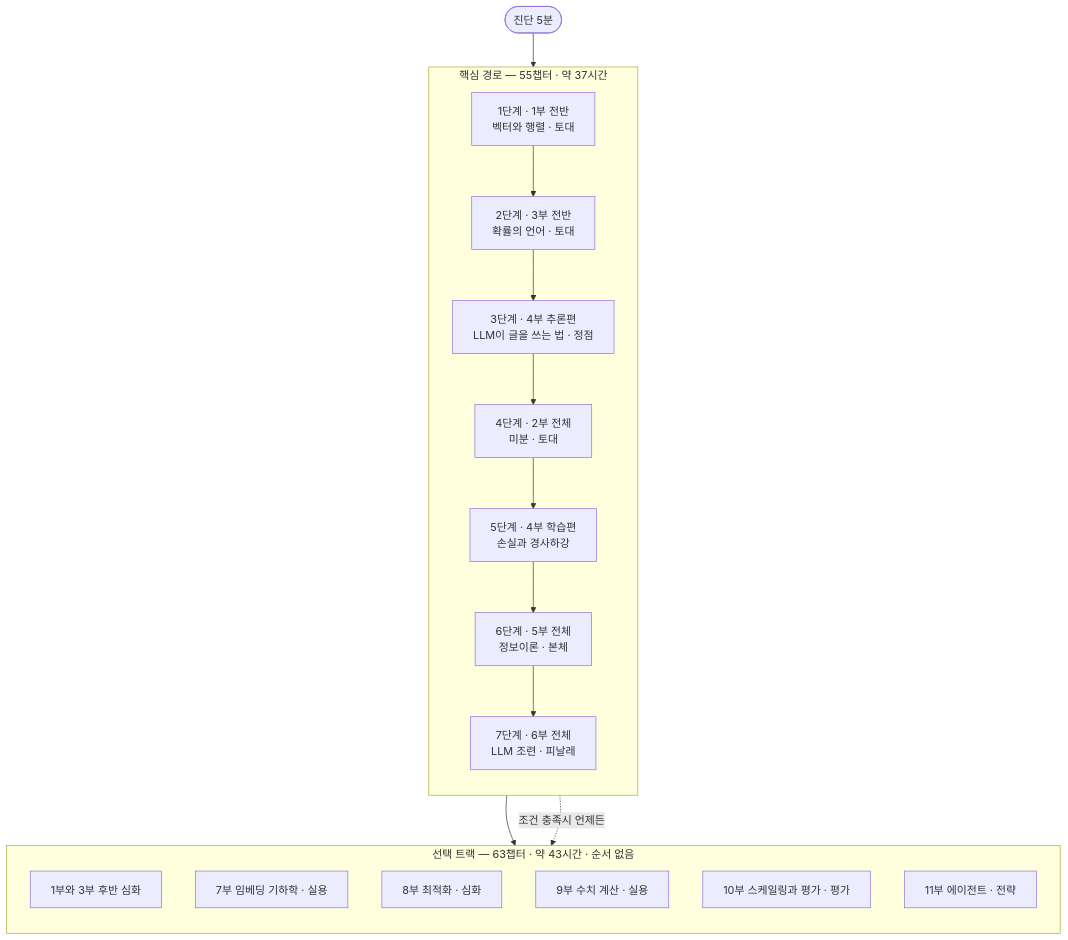
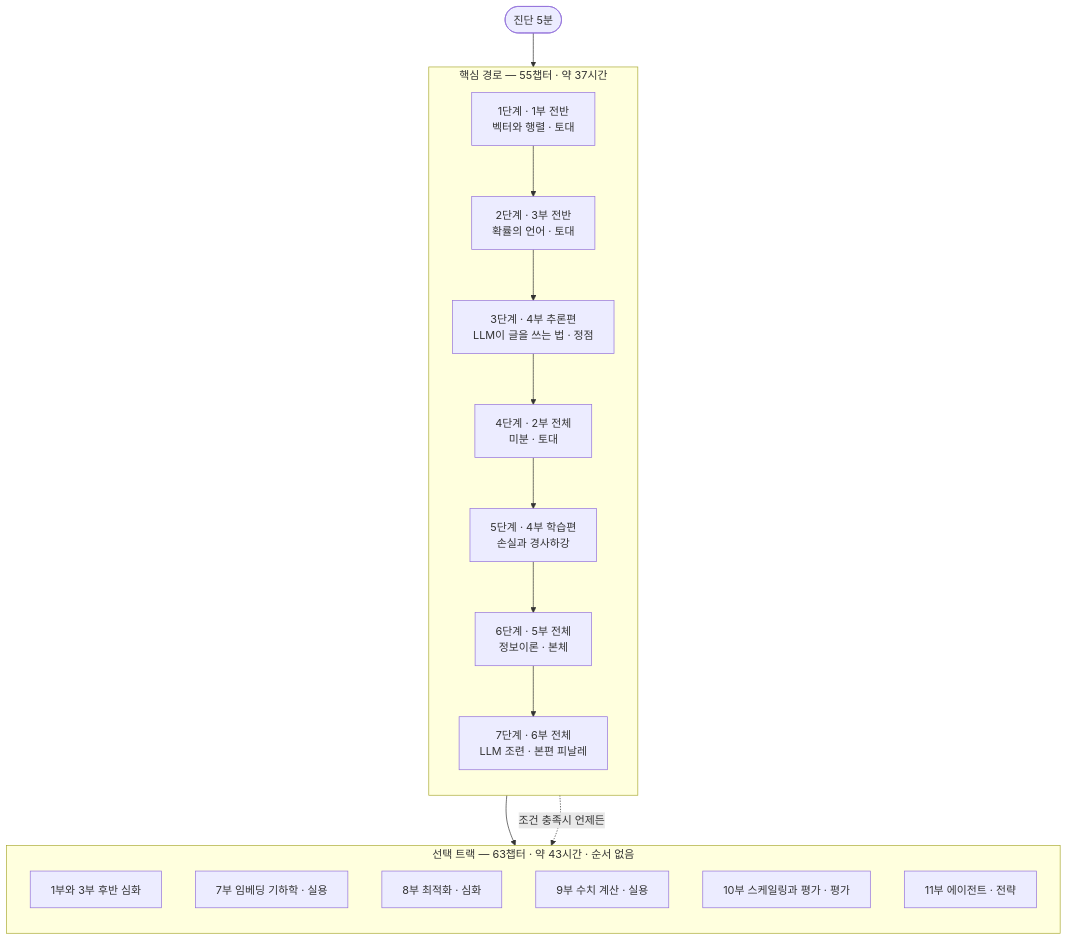
Before and after one commit to jiyupapa/math-platform: the third of 6 diagrams in docs/PROCESS.md, drawn with Mermaid. The commit also changed other lines of this file and 512 other files, not shown here.

````diff
--- a/docs/PROCESS.md
+++ b/docs/PROCESS.md
@@ -193,29 +193,29 @@
 ```mermaid
 flowchart TB
     start(["진단 5분"]) --> s1
 
     subgraph core["핵심 경로 — 55챕터 · 약 37시간"]
         direction TB
         s1["1단계 · 1부 전반<br/>벡터와 행렬 · 토대"]
         s2["2단계 · 3부 전반<br/>확률의 언어 · 토대"]
         s3["3단계 · 4부 추론편<br/>LLM이 글을 쓰는 법 · 정점"]
         s4["4단계 · 2부 전체<br/>미분 · 토대"]
         s5["5단계 · 4부 학습편<br/>손실과 경사하강"]
         s6["6단계 · 5부 전체<br/>정보이론 · 본체"]
-        s7["7단계 · 6부 전체<br/>LLM 조련 · 피날레"]
+        s7["7단계 · 6부 전체<br/>LLM 조련 · 본편 피날레"]
         s1 --> s2 --> s3 --> s4 --> s5 --> s6 --> s7
     end
 
     subgraph opt["선택 트랙 — 63챕터 · 약 43시간 · 순서 없음"]
         direction TB
         o1["1부와 3부 후반 심화"]
         o2["7부 임베딩 기하학 · 실용"]
         o3["8부 최적화 · 심화"]
         o4["9부 수치 계산 · 실용"]
         o5["10부 스케일링과 평가 · 평가"]
         o6["11부 에이전트 · 전략"]
     end
 
     s7 --> opt
     s3 -. 조건 충족시 언제든 .-> opt
 ```
````
